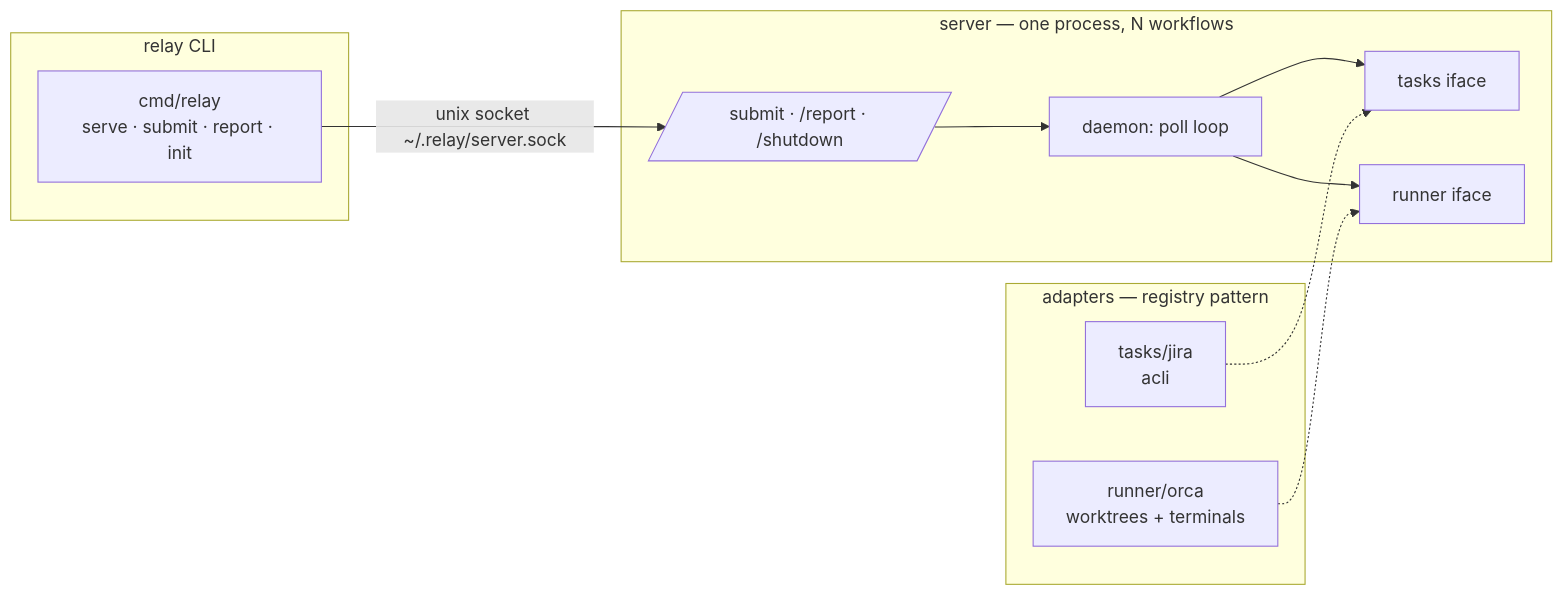
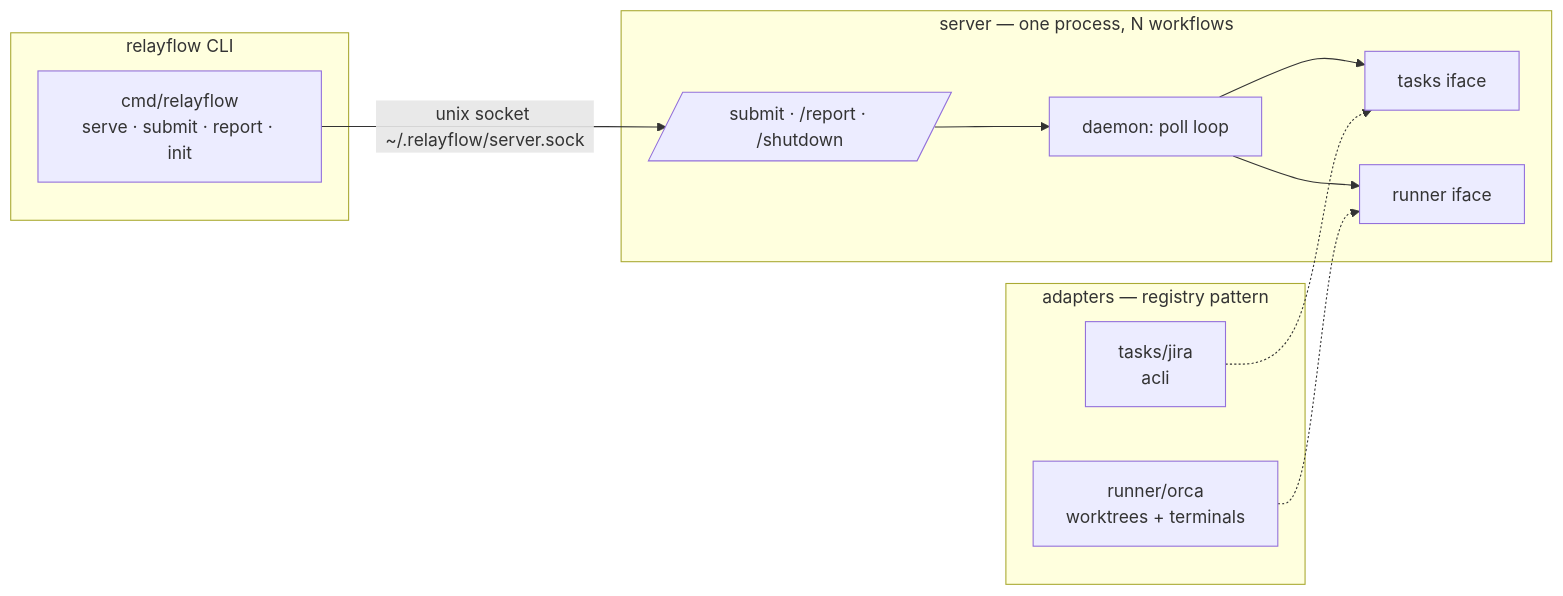
Before and after one commit to rajpopat27/relay-flow: the third of 3 diagrams in README.md, drawn with Mermaid. The commit also changed other lines of this file and 25 other files, not shown here.

First line of the commit message:
rename: relay → relayflow (binary, module, env, paths, npm package)

````diff
--- a/README.md
+++ b/README.md
@@ -142,17 +142,17 @@
 ```mermaid
 flowchart LR
-    subgraph CLI[relay CLI]
-        M[cmd/relay<br/>serve · submit · report · init]
+    subgraph CLI[relayflow CLI]
+        M[cmd/relayflow<br/>serve · submit · report · init]
     end
     subgraph SRV[server — one process, N workflows]
         H[/submit · /report · /shutdown/]
         D1[daemon: poll loop] --> T1[tasks iface]
         D1 --> R1[runner iface]
     end
     subgraph ADAPTERS[adapters — registry pattern]
         J[tasks/jira<br/>acli] -.-> T1
         O[runner/orca<br/>worktrees + terminals] -.-> R1
     end
-    M -->|unix socket ~/.relay/server.sock| H
+    M -->|unix socket ~/.relayflow/server.sock| H
     H --> D1
 ```
````
